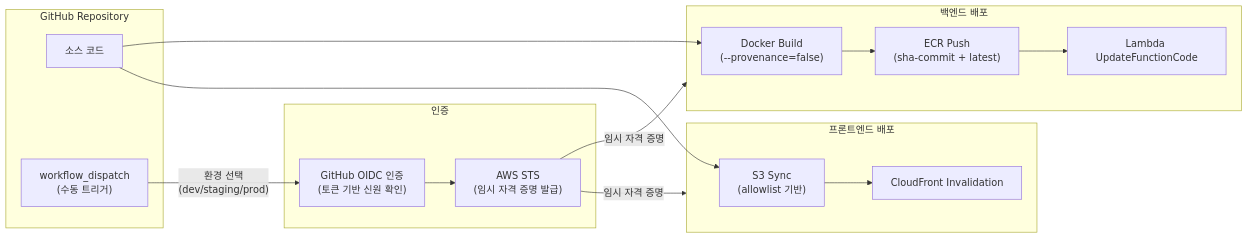
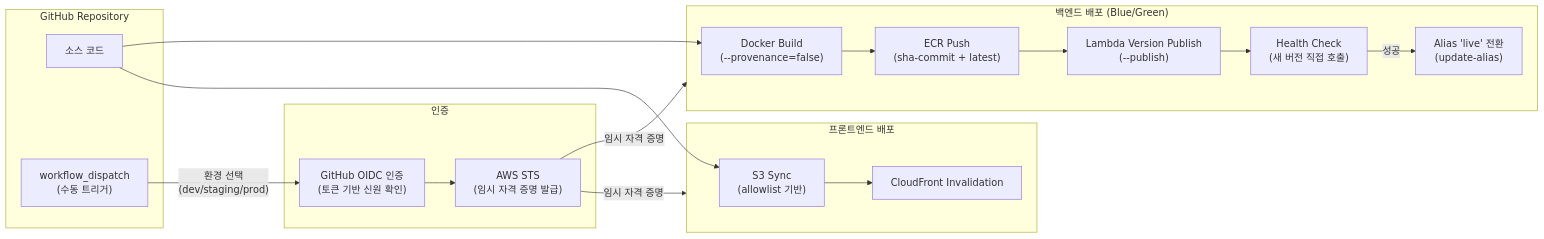
Before and after one commit to revenantonthemission/2-cho-community-infra: the seventh of 18 diagrams in report.md, drawn with Mermaid. The commit also changed other lines of this file, not shown here.

First line of the commit message:
docs: update report.md with Blue/Green deployment architecture

````diff
--- a/report.md
+++ b/report.md
@@ -366,35 +366,39 @@
 ```mermaid
 flowchart LR
     subgraph GitHub["GitHub Repository"]
         Code["소스 코드"]
         WD["workflow_dispatch<br/>(수동 트리거)"]
     end
 
     subgraph Auth["인증"]
         OIDC["GitHub OIDC 인증<br/>(토큰 기반 신원 확인)"]
         STS["AWS STS<br/>(임시 자격 증명 발급)"]
     end
 
-    subgraph Backend_Deploy["백엔드 배포"]
+    subgraph Backend_Deploy["백엔드 배포 (Blue/Green)"]
         Docker["Docker Build<br/>(--provenance=false)"]
         ECR_Push["ECR Push<br/>(sha-commit + latest)"]
-        Lambda_Update["Lambda UpdateFunctionCode"]
+        Lambda_Publish["Lambda Version Publish<br/>(--publish)"]
+        Health["Health Check<br/>(새 버전 직접 호출)"]
+        Alias_Switch["Alias 'live' 전환<br/>(update-alias)"]
     end
 
     subgraph Frontend_Deploy["프론트엔드 배포"]
         S3_Sync["S3 Sync<br/>(allowlist 기반)"]
         CF_Inv["CloudFront Invalidation"]
     end
 
     WD -->|"환경 선택<br/>(dev/staging/prod)"| OIDC
     OIDC --> STS
     STS -->|"임시 자격 증명"| Backend_Deploy
     STS -->|"임시 자격 증명"| Frontend_Deploy
 
     Code --> Docker
     Docker --> ECR_Push
-    ECR_Push --> Lambda_Update
+    ECR_Push --> Lambda_Publish
+    Lambda_Publish --> Health
+    Health -->|"성공"| Alias_Switch
 
     Code --> S3_Sync
     S3_Sync --> CF_Inv
 ```
````
